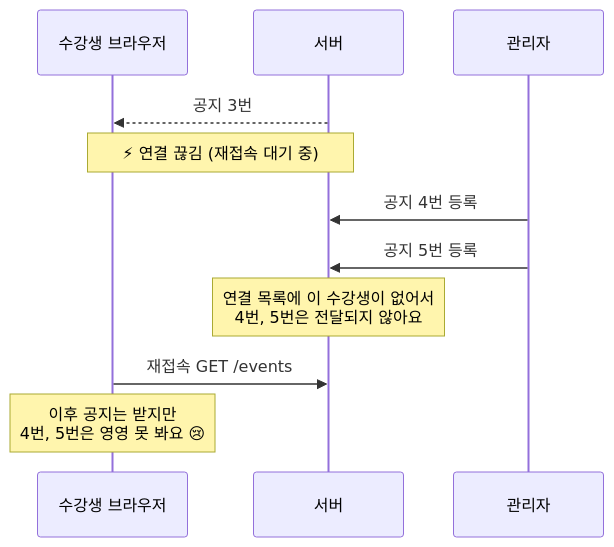
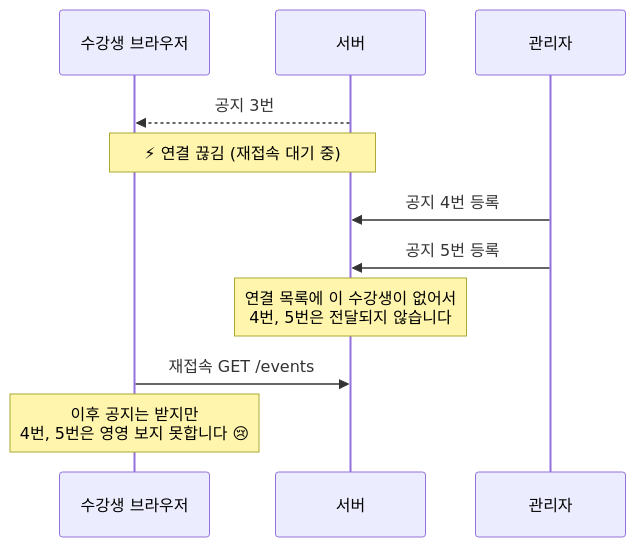
Before and after one commit to joonhok-fittube/codeit-fullstack-assignment: the eighth of 9 diagrams in docs/01-concept.md, drawn with Mermaid. The commit also changed other lines of this file and 3 other files, not shown here.

````diff
--- a/docs/01-concept.md
+++ b/docs/01-concept.md
@@ -537,13 +537,13 @@
 ```mermaid
 sequenceDiagram
     participant B as 수강생 브라우저
     participant S as 서버
     participant A as 관리자
     S-->>B: 공지 3번
     Note over B,S: ⚡ 연결 끊김 (재접속 대기 중)
     A->>S: 공지 4번 등록
     A->>S: 공지 5번 등록
-    Note over S: 연결 목록에 이 수강생이 없어서<br/>4번, 5번은 전달되지 않아요
+    Note over S: 연결 목록에 이 수강생이 없어서<br/>4번, 5번은 전달되지 않습니다
     B->>S: 재접속 GET /events
-    Note over B: 이후 공지는 받지만<br/>4번, 5번은 영영 못 봐요 😢
+    Note over B: 이후 공지는 받지만<br/>4번, 5번은 영영 보지 못합니다 😢
 ```
````
